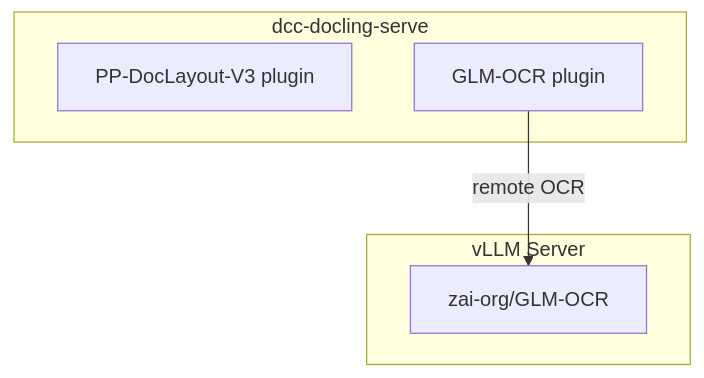
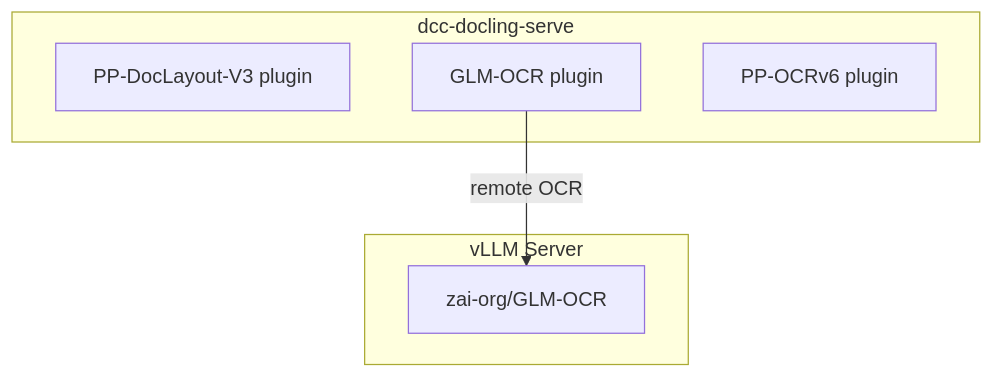
The diagram in README.md (DCC-BS/bentoml-ocr), drawn with Mermaid before and after one commit. The commit also changed other lines of this file and 6 other files, not shown here.

````diff
--- a/README.md
+++ b/README.md
@@ -35,13 +36,15 @@
 ```mermaid
 flowchart TD
     subgraph doclingServe ["dcc-docling-serve"]
         LP["PP-DocLayout-V3 plugin"]
         OP["GLM-OCR plugin"]
+        PP["PP-OCRv6 plugin"]
     end
 
     subgraph vllmServer [vLLM Server]
         GLMOCR["zai-org/GLM-OCR"]
     end
 
     OP -- "remote OCR" --> GLMOCR
+    %% PP runs locally, using RapidOCR / onnxruntime
 ```
````
